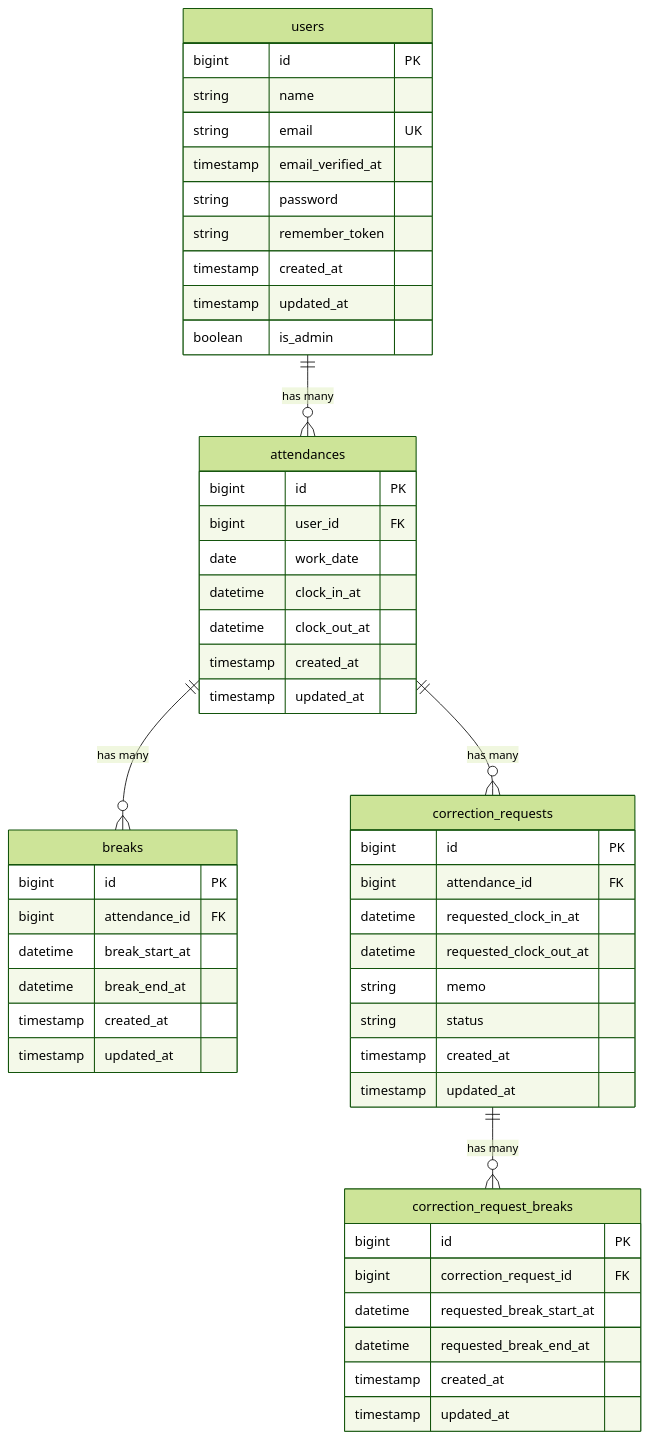
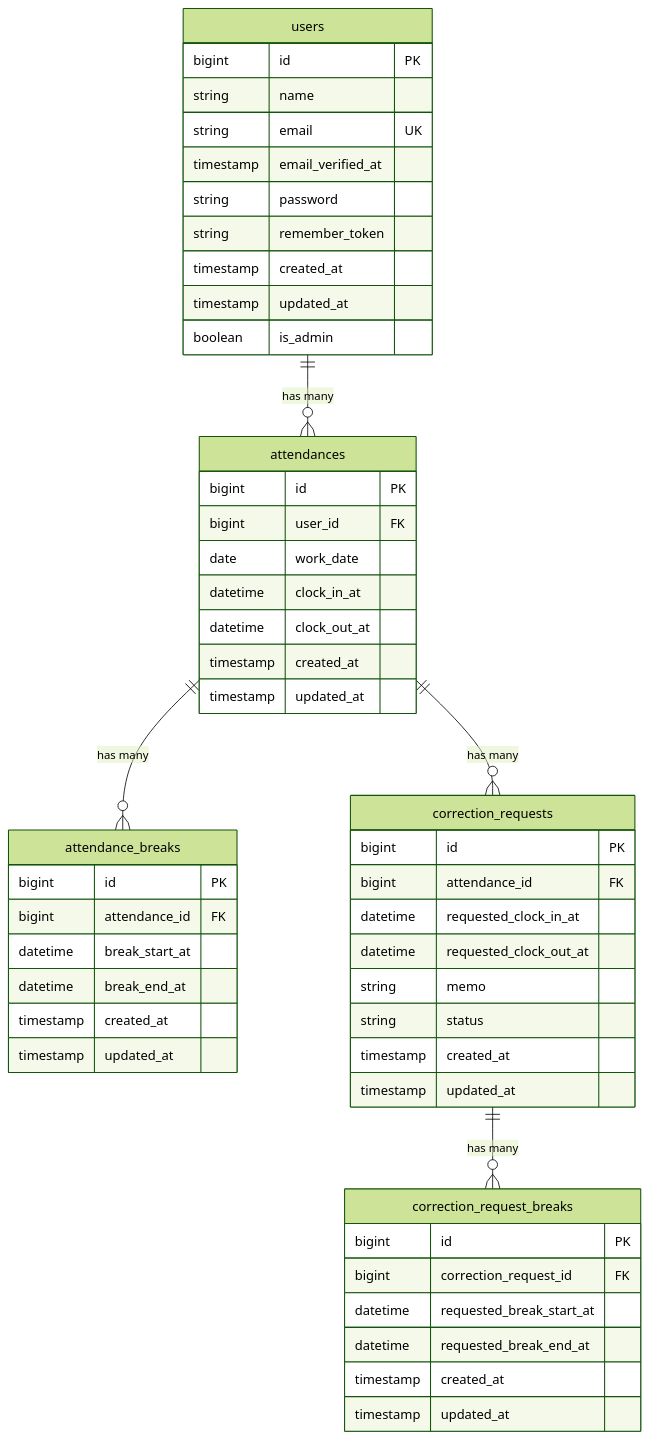
One commit to totosmy2718-netizen/attendance-app changed the diagram in README.md. Above: the diagram before and after it, drawn with Mermaid (forest theme). The commit also changed 10 other files, not shown here.

````diff
--- a/README.md
+++ b/README.md
@@ -21,59 +21,59 @@
 ```mermaid
 erDiagram
     attendances {
         bigint id PK
         bigint user_id FK
         date work_date
         datetime clock_in_at
         datetime clock_out_at
         timestamp created_at
         timestamp updated_at
     }
 
-    breaks {
+    attendance_breaks {
         bigint id PK
         bigint attendance_id FK
         datetime break_start_at
         datetime break_end_at
         timestamp created_at
         timestamp updated_at
     }
 
     correction_requests {
         bigint id PK
         bigint attendance_id FK
         datetime requested_clock_in_at
         datetime requested_clock_out_at
         string memo
         string status
         timestamp created_at
         timestamp updated_at
     }
 
     correction_request_breaks {
         bigint id PK
         bigint correction_request_id FK
         datetime requested_break_start_at
         datetime requested_break_end_at
         timestamp created_at
         timestamp updated_at
     }
 
     users {
         bigint id PK
         string name
         string email UK
         timestamp email_verified_at
         string password
         string remember_token
         timestamp created_at
         timestamp updated_at
         boolean is_admin
     }
 
 
-    attendances ||--o{ breaks : "has many"
+    attendances ||--o{ attendance_breaks : "has many"
     attendances ||--o{ correction_requests : "has many"
     users ||--o{ attendances : "has many"
     correction_requests ||--o{ correction_request_breaks : "has many"
 ```
````
